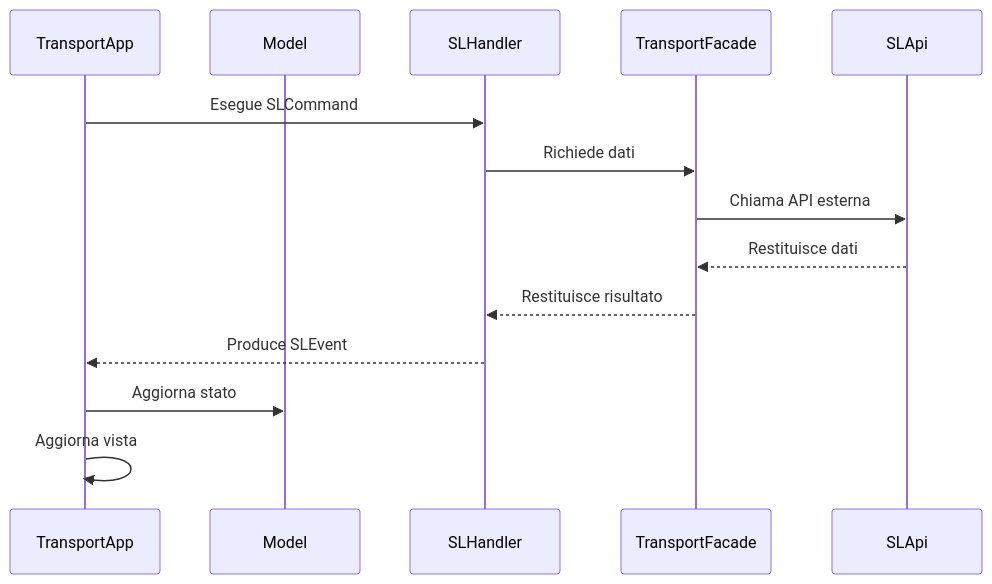
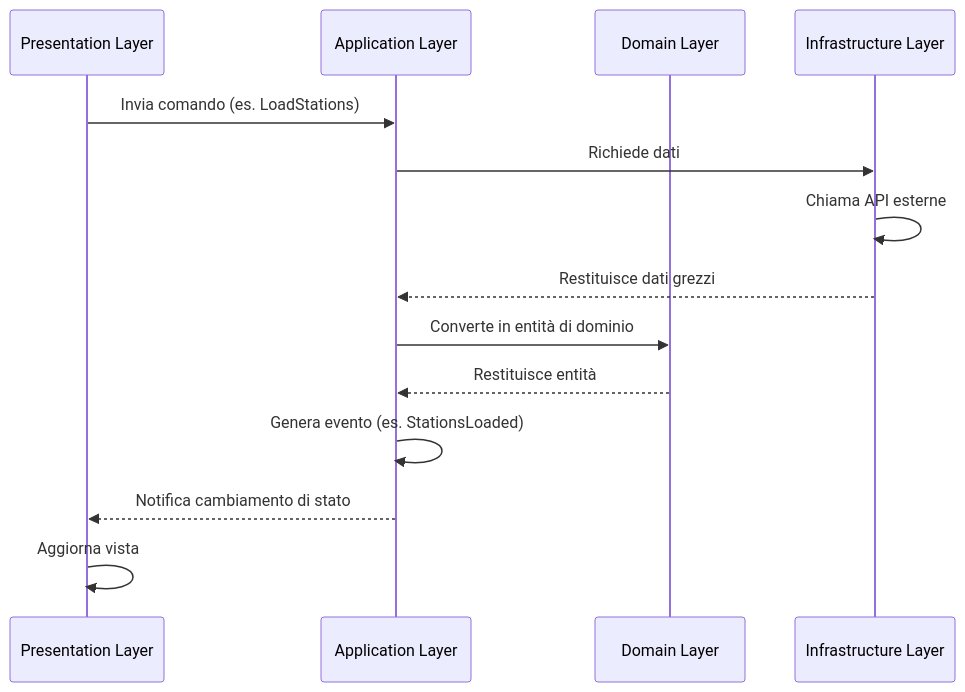
The third of 4 diagrams in docs/docs/tutorial-basics/architectural_design.md (nicola-ferrarese/Tyrian-Timetable), drawn with Mermaid before and after one commit. The commit also changed other lines of this file and 7 other files, not shown here.

````diff
--- a/docs/docs/tutorial-basics/architectural_design.md
+++ b/docs/docs/tutorial-basics/architectural_design.md
@@ -75,17 +119,17 @@
 ```mermaid
 sequenceDiagram
-    participant TransportApp
-    participant Model
-    participant SLHandler
-    participant TransportFacade
-    participant SLApi
-
-    TransportApp->>SLHandler: Esegue SLCommand
-    SLHandler->>TransportFacade: Richiede dati
-    TransportFacade->>SLApi: Chiama API esterna
-    SLApi-->>TransportFacade: Restituisce dati
-    TransportFacade-->>SLHandler: Restituisce risultato
-    SLHandler-->>TransportApp: Produce SLEvent
-    TransportApp->>Model: Aggiorna stato
-    TransportApp->>TransportApp: Aggiorna vista
+    participant PL as Presentation Layer
+    participant AL as Application Layer
+    participant DL as Domain Layer
+    participant IL as Infrastructure Layer
+    
+    PL->>AL: Invia comando (es. LoadStations)
+    AL->>IL: Richiede dati
+    IL->>IL: Chiama API esterne
+    IL-->>AL: Restituisce dati grezzi
+    AL->>DL: Converte in entità di dominio
+    DL-->>AL: Restituisce entità
+    AL->>AL: Genera evento (es. StationsLoaded)
+    AL-->>PL: Notifica cambiamento di stato
+    PL->>PL: Aggiorna vista
 ```
````
